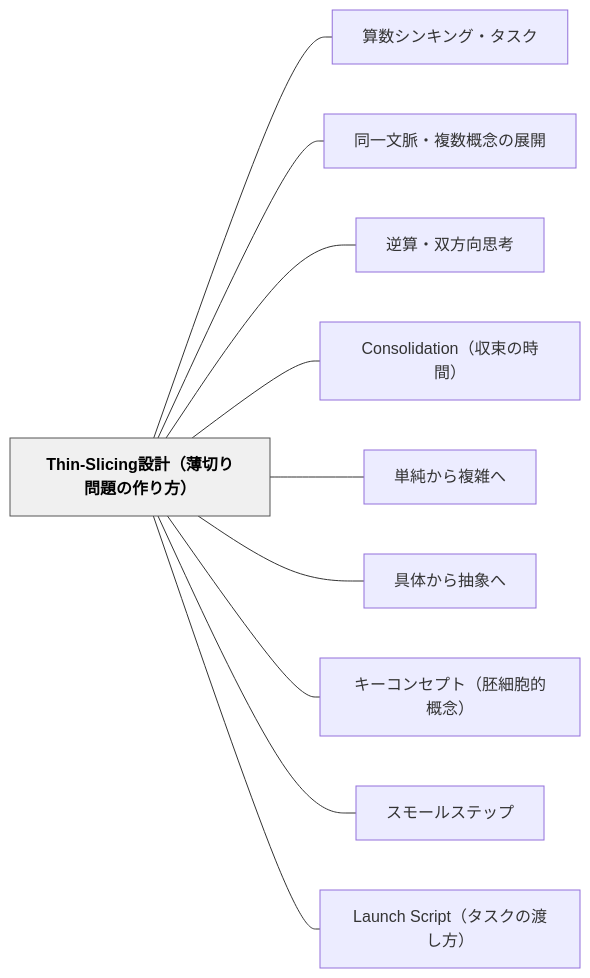
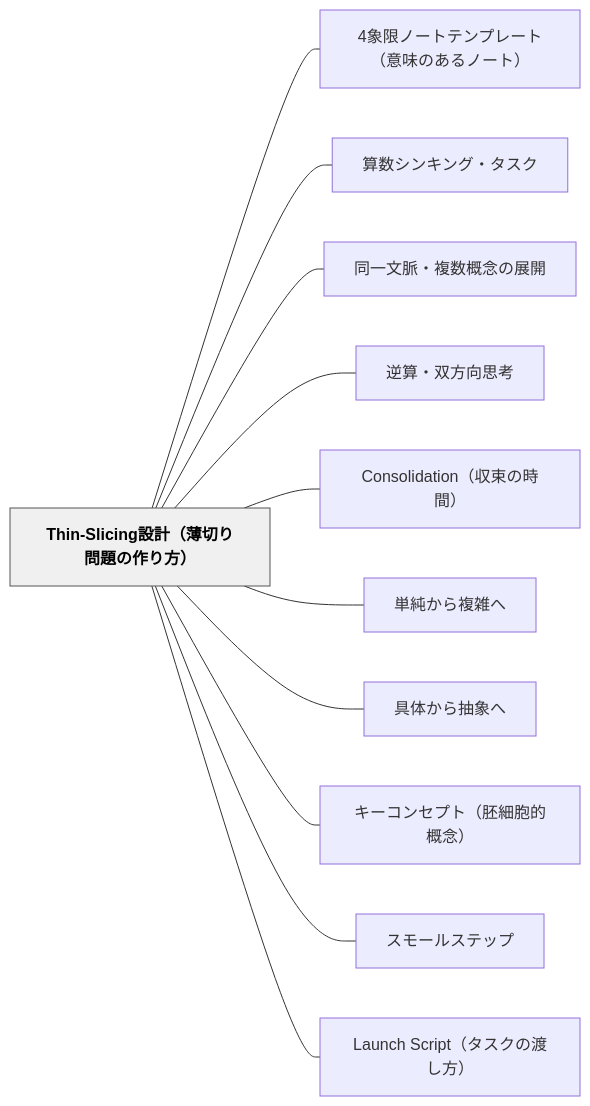
One commit to unknownthings-ed-patterns/unknownthings-ed-patterns changed the diagram in content/パタン/Thin-Slicing設計（薄切り問題の作り方）.md. Above: the diagram before and after it, drawn with Mermaid. The commit also changed other lines of this file and 473 other files, not shown here.

````diff
--- a/content/パタン/Thin-Slicing設計（薄切り問題の作り方）.md
+++ b/content/パタン/Thin-Slicing設計（薄切り問題の作り方）.md
@@ -137,26 +138,28 @@
 ```mermaid
 flowchart LR
     n5468696e2d53["Thin-Slicing設計（薄切り問題の作り方）"]
+    n34e8b1a1e999["4象限ノートテンプレート（意味のあるノート）"]
     ne7ae97e695b0["算数シンキング・タスク"]
     ne5908ce4b880["同一文脈・複数概念の展開"]
     ne98086e7ae97["逆算・双方向思考"]
     n436f6e736f6c["Consolidation（収束の時間）"]
     ne58d98e7b494["単純から複雑へ"]
     ne585b7e4bd93["具体から抽象へ"]
     ne382ade383bc["キーコンセプト（胚細胞的概念）"]
     ne382b9e383a2["スモールステップ"]
     n4c61756e6368["Launch Script（タスクの渡し方）"]
 
+    n5468696e2d53 --- n34e8b1a1e999
     n5468696e2d53 --- ne7ae97e695b0
     n5468696e2d53 --- ne5908ce4b880
     n5468696e2d53 --- ne98086e7ae97
     n5468696e2d53 --- n436f6e736f6c
     n5468696e2d53 --- ne58d98e7b494
     n5468696e2d53 --- ne585b7e4bd93
     n5468696e2d53 --- ne382ade383bc
     n5468696e2d53 --- ne382b9e383a2
     n5468696e2d53 --- n4c61756e6368
 
     classDef hub fill:#f0f0f0,stroke:#555,color:#000,font-weight:bold
     class n5468696e2d53 hub
 ```
````
